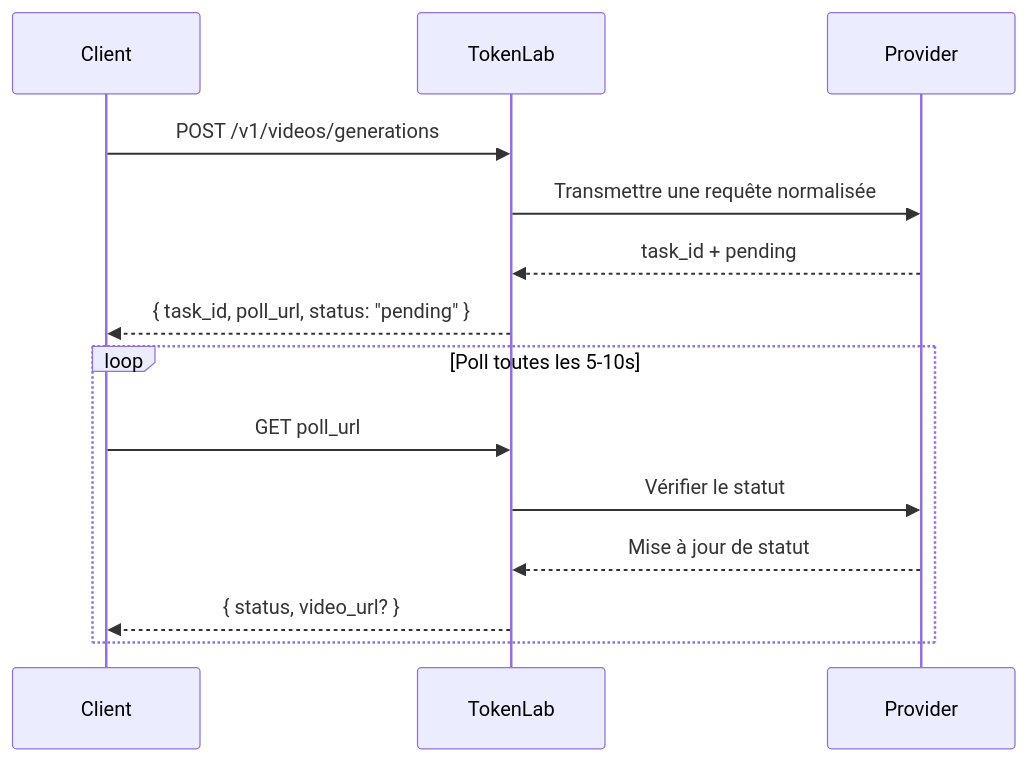
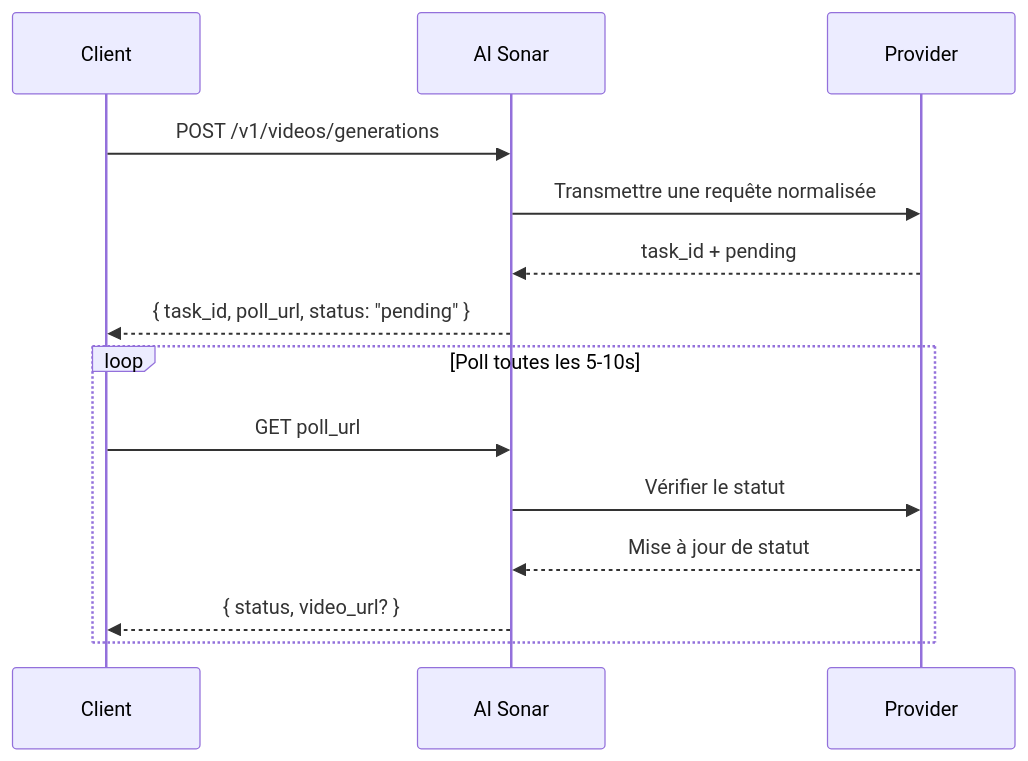
The diagram in fr/guides/video-generation.mdx (hedging8563/aisonar-docs), drawn with Mermaid before and after one commit. The commit also changed other lines of this file and 1036 other files, not shown here.

````diff
--- a/fr/guides/video-generation.mdx
+++ b/fr/guides/video-generation.mdx
@@ -24,18 +24,18 @@
 ```mermaid
 sequenceDiagram
     participant Client
-    participant TokenLab
+    participant AI Sonar
     participant Provider
 
-    Client->>TokenLab: POST /v1/videos/generations
-    TokenLab->>Provider: Transmettre une requête normalisée
-    Provider-->>TokenLab: task_id + pending
-    TokenLab-->>Client: { task_id, poll_url, status: "pending" }
+    Client->>AI Sonar: POST /v1/videos/generations
+    AI Sonar->>Provider: Transmettre une requête normalisée
+    Provider-->>AI Sonar: task_id + pending
+    AI Sonar-->>Client: { task_id, poll_url, status: "pending" }
 
     loop Poll toutes les 5-10s
-        Client->>TokenLab: GET poll_url
-        TokenLab->>Provider: Vérifier le statut
-        Provider-->>TokenLab: Mise à jour de statut
-        TokenLab-->>Client: { status, video_url? }
+        Client->>AI Sonar: GET poll_url
+        AI Sonar->>Provider: Vérifier le statut
+        Provider-->>AI Sonar: Mise à jour de statut
+        AI Sonar-->>Client: { status, video_url? }
     end
 ```
````
